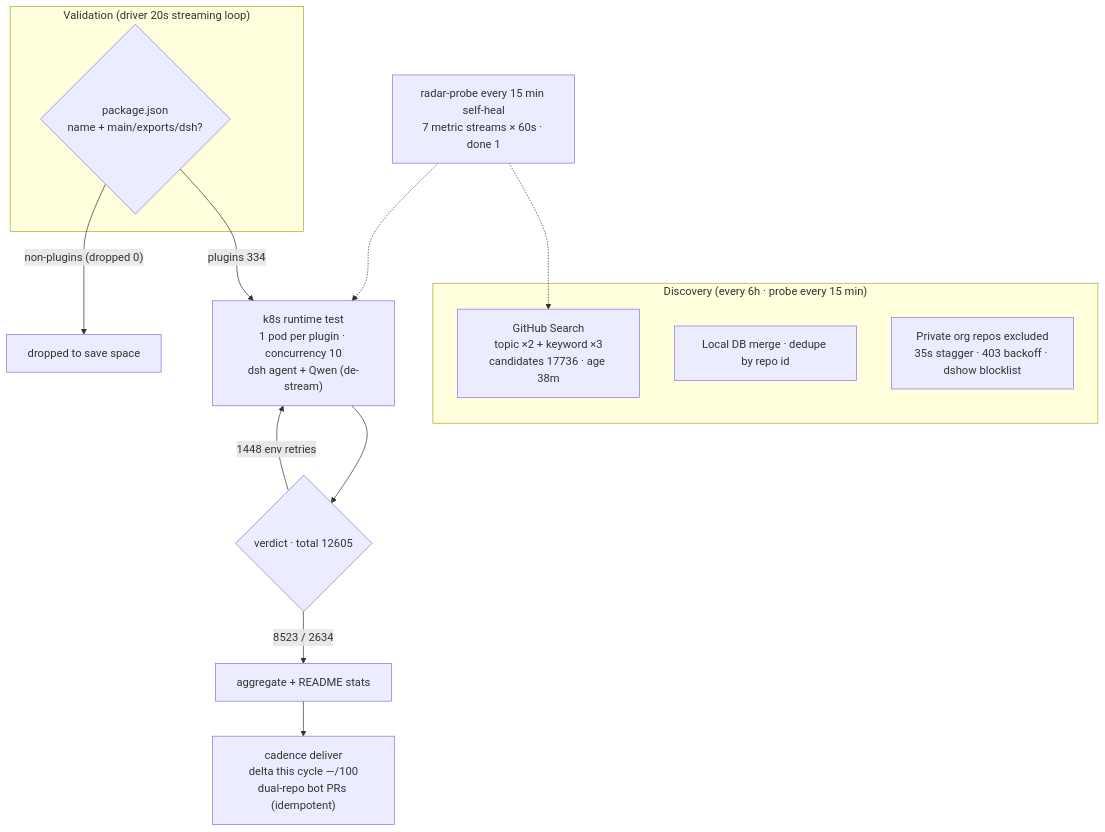
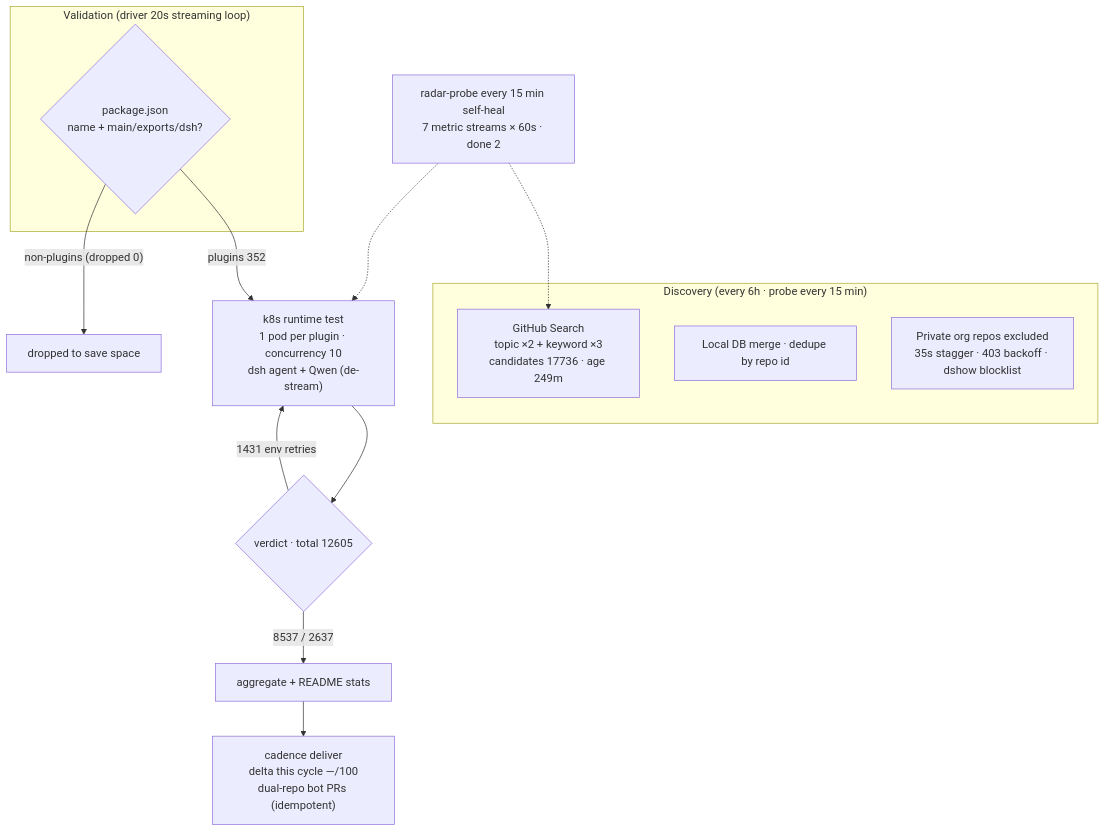
Before and after one commit to Zhidao-Lab-OSS/awesome-dsh-plugins: the diagram in README.en-US.md, drawn with Mermaid. The commit also changed other lines of this file and 1 other file, not shown here.

````diff
--- a/README.en-US.md
+++ b/README.en-US.md
@@ -45,20 +45,20 @@
 ```mermaid
 flowchart TB
     subgraph Discovery["Discovery (every 6h · probe every 15 min)"]
-        A1["GitHub Search<br/>topic ×2 + keyword ×3<br/>candidates 17736 · age 38m"]
+        A1["GitHub Search<br/>topic ×2 + keyword ×3<br/>candidates 17736 · age 249m"]
         A2["Local DB merge · dedupe by repo id"]
         A3["Private org repos excluded<br/>35s stagger · 403 backoff · dshow blocklist"]
     end
     subgraph Validation["Validation (driver 20s streaming loop)"]
         B1{"package.json<br/>name + main/exports/dsh?"}
     end
-    B1 -->|"plugins 334"| C1["k8s runtime test<br/>1 pod per plugin · concurrency 10<br/>dsh agent + Qwen (de-stream)"]
+    B1 -->|"plugins 352"| C1["k8s runtime test<br/>1 pod per plugin · concurrency 10<br/>dsh agent + Qwen (de-stream)"]
     B1 -->|"non-plugins (dropped 0)"| B3["dropped to save space"]
     C1 --> D1{"verdict · total 12605"}
-    D1 -->|"8523 / 2634"| E1["aggregate + README stats"]
-    D1 -->|"1448 env retries"| C1
+    D1 -->|"8537 / 2637"| E1["aggregate + README stats"]
+    D1 -->|"1431 env retries"| C1
     E1 --> E2["cadence deliver<br/>delta this cycle —/100<br/>dual-repo bot PRs (idempotent)"]
-    M["radar-probe every 15 min self-heal<br/>7 metric streams × 60s · done 1"]
+    M["radar-probe every 15 min self-heal<br/>7 metric streams × 60s · done 2"]
     M -.-> A1
     M -.-> C1
 ```
````
